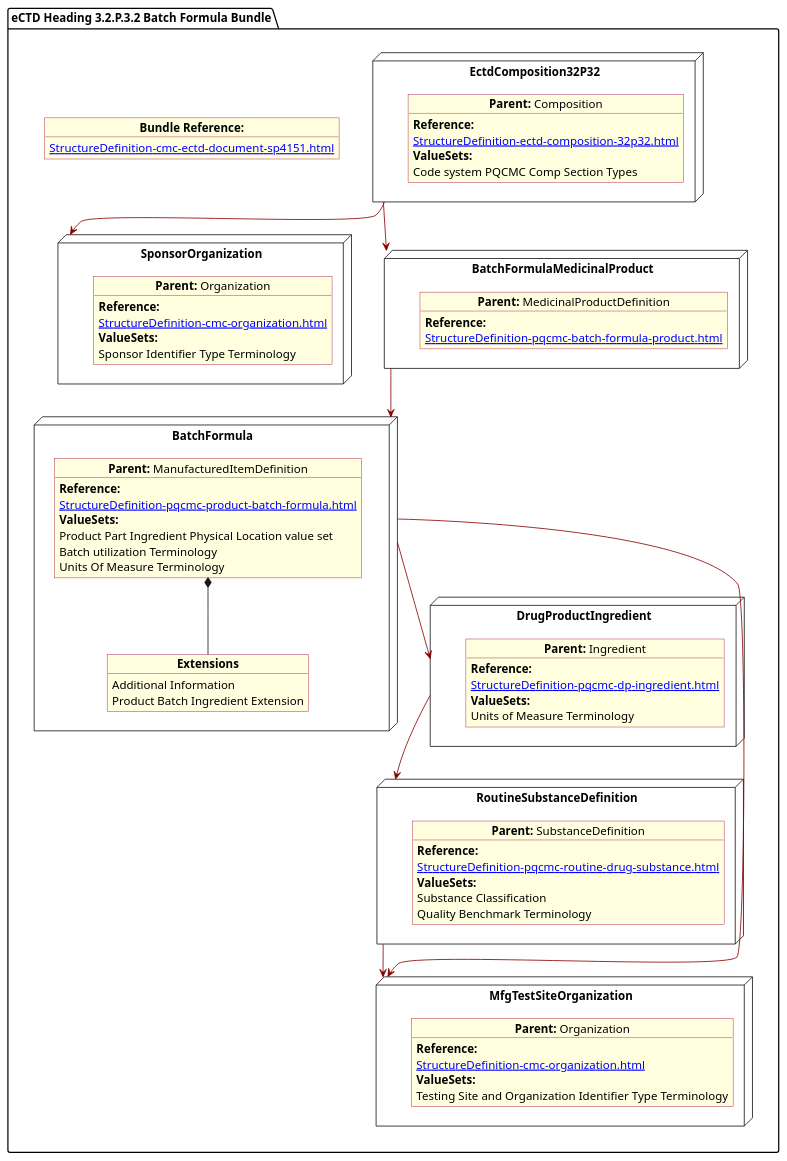
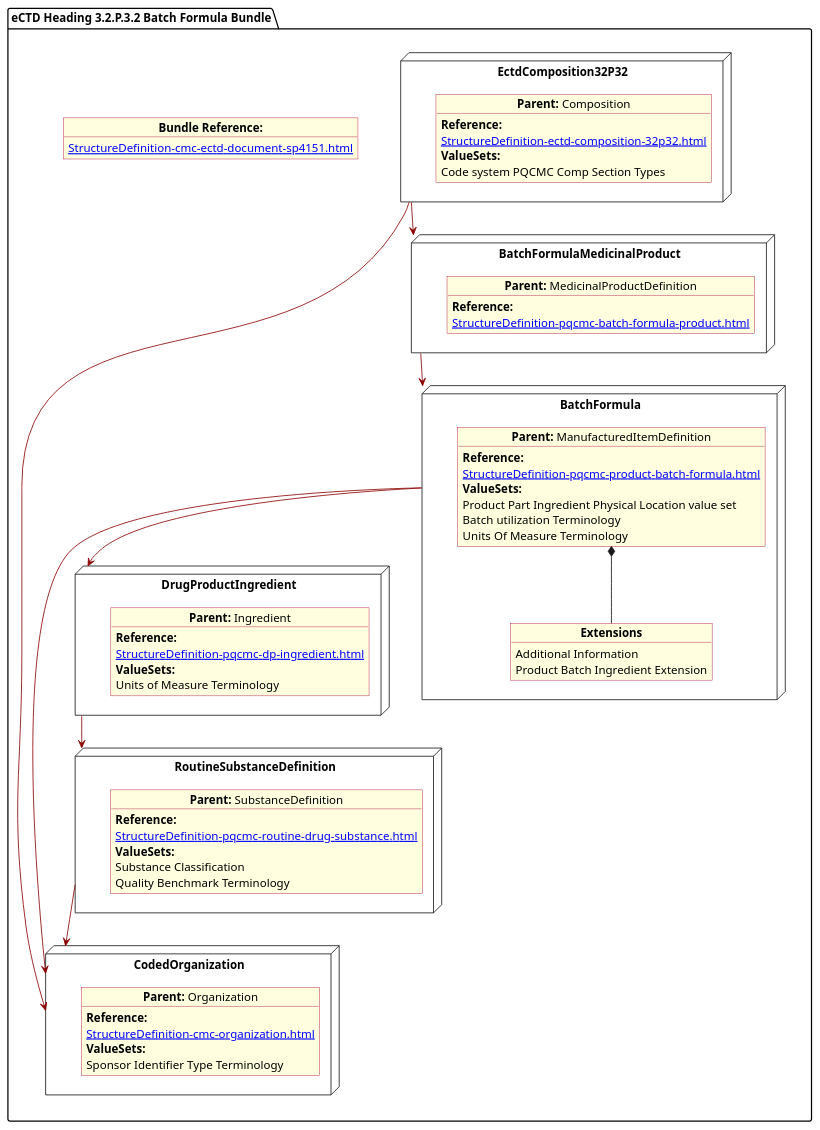
One commit to HL7/FHIR-us-pq-cmc-fda changed the diagram in input/images-source/BatchForm.plantuml. Above: the diagram before and after it, drawn with PlantUML. The commit also changed 33 other files, not shown here.

```diff
--- a/input/images-source/BatchForm.plantuml
+++ b/input/images-source/BatchForm.plantuml
@@ -1,97 +1,89 @@
 @startuml BatchForm
 allowmixing
 'Mixed model of use case and object
 skinparam svgDimensionStyle false
 skinparam ObjectBackgroundColor LightYellow
 skinparam ObjectBorderColor #A80036
 skinparam activityDiamondBorderColor #A80036
 skinparam activityDiamondBackgroundColor lawnGreen
 skinparam ClassBorderThickness 4
 
 package "eCTD Heading 3.2.P.3.2 Batch Formula Bundle" as NODES {
 
    object "**Bundle Reference:**" as objbun {
               [[StructureDefinition-cmc-ectd-document-sp4151.html]]
     }  
 
  
-node "SponsorOrganization" as NSO { 
+node "CodedOrganization" as NSO { 
       object "**Parent:** Organization" as objAu {
         **Reference:**
       [[StructureDefinition-cmc-organization.html]]
         **ValueSets:**
         Sponsor Identifier Type Terminology 
     }
 }
 
 node "DrugProductIngredient" as NNgred { 
       object "**Parent:** Ingredient" as obj10 {
              **Reference:**
       [[StructureDefinition-pqcmc-dp-ingredient.html]]
         **ValueSets:**
         Units of Measure Terminology    
       }      
 
 }
  node "EctdComposition32P32" as N1 { 
       object "**Parent:** Composition" as obj1 {
                    **Reference:**
       [[StructureDefinition-ectd-composition-32p32.html]]
       **ValueSets:**
   Code system PQCMC Comp Section Types
     }
      
-}
-node "MfgTestSiteOrganization" as NMFG { 
-      object "**Parent:** Organization" as objDP {
-                   **Reference:**
-      [[StructureDefinition-cmc-organization.html]]
-         **ValueSets:**
-        Testing Site and Organization Identifier Type Terminology
-    }
 }
 
 node "RoutineSubstanceDefinition" as NNS { 
       object "**Parent:** SubstanceDefinition" as obj4 {
                    **Reference:**
       [[StructureDefinition-pqcmc-routine-drug-substance.html]]
                 **ValueSets:**
                 Substance Classification
                 Quality Benchmark Terminology
       }  
 }
 node "BatchFormulaMedicinalProduct" as NN2 { 
       object "**Parent:** MedicinalProductDefinition" as obj32 {
                    **Reference:**
       [[StructureDefinition-pqcmc-batch-formula-product.html]]
           
       }
 }
 
 node "BatchFormula" as NN { 
       object "**Parent:** ManufacturedItemDefinition" as obj3 {
          **Reference:**
       [[StructureDefinition-pqcmc-product-batch-formula.html]]
         **ValueSets:**
         Product Part Ingredient Physical Location value set        
         Batch utilization Terminology
         Units Of Measure Terminology
       } 
       object "**Extensions**" as objExs2 {
         Additional Information
         Product Batch Ingredient Extension
 }
 
  obj3 *-- objExs2     
 }
 
-NN -[#darkred]-> NMFG
+NN -[#darkred]-> NSO
 NN -[#darkred]-> NNgred
 NN2 -[#darkred]-> NN
 N1 -[#darkred]-> NN2
 N1 -[#darkred]-> NSO        
-NNS -[#darkred]-> NMFG
+NNS -[#darkred]-> NSO
 NNgred -[#darkred]-> NNS
 
 }
 @enduml
```
